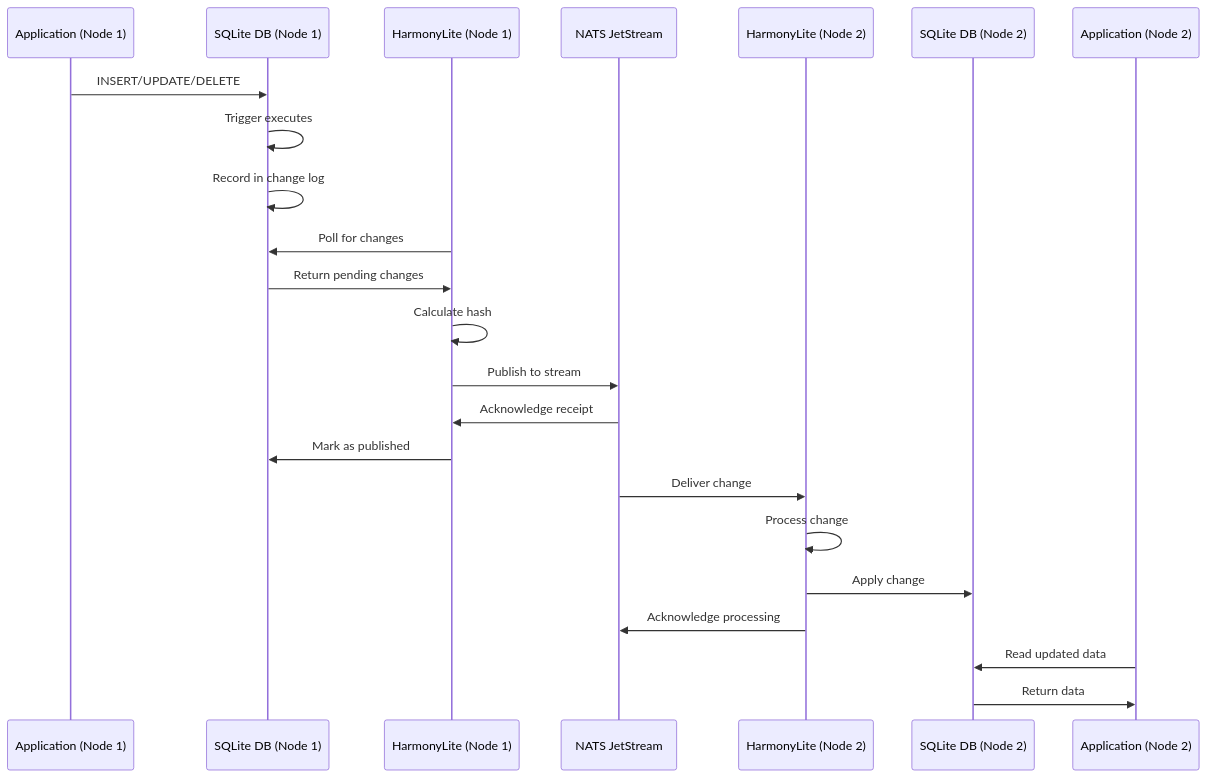
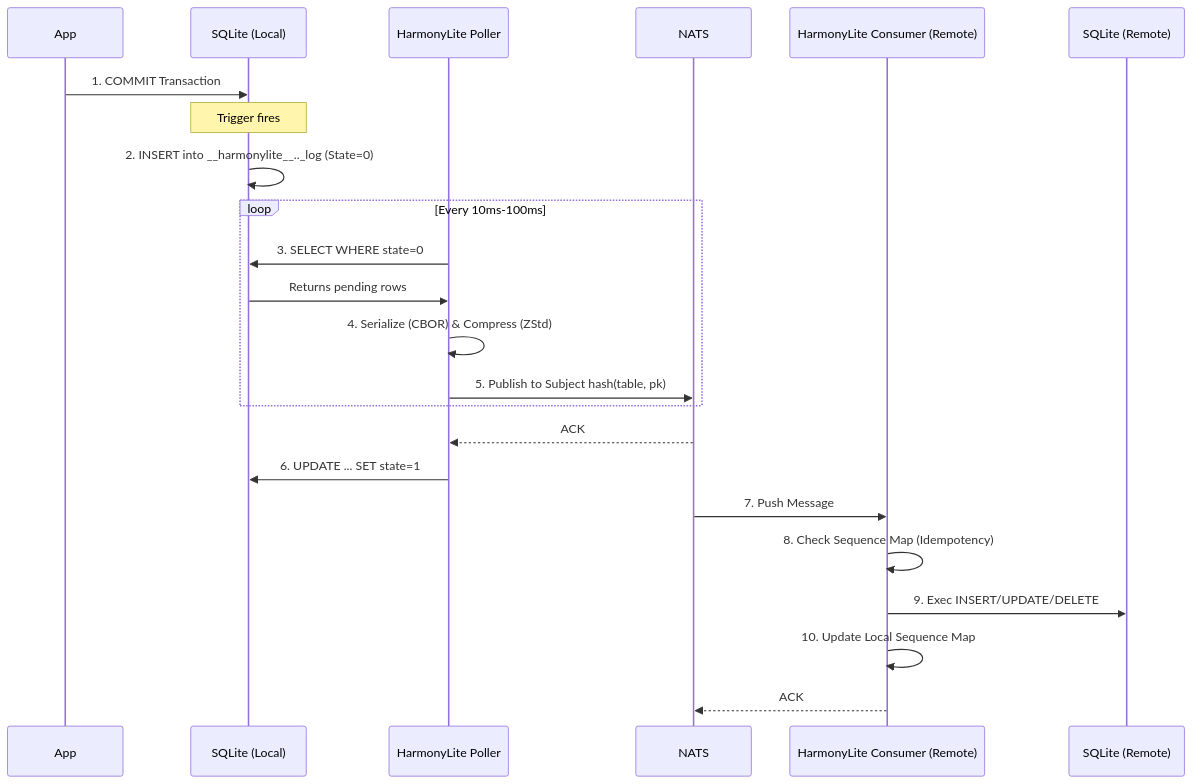
Before and after one commit to wongfei2009/harmonylite: the diagram in docs/docs/replication.md, drawn with Mermaid. The commit also changed other lines of this file, not shown here.

````diff
--- a/docs/docs/replication.md
+++ b/docs/docs/replication.md
@@ -168,29 +17,29 @@
 ```mermaid
 sequenceDiagram
-    participant App1 as Application (Node 1)
-    participant DB1 as SQLite DB (Node 1)
-    participant HL1 as HarmonyLite (Node 1)
-    participant NATS as NATS JetStream
-    participant HL2 as HarmonyLite (Node 2)
-    participant DB2 as SQLite DB (Node 2)
-    participant App2 as Application (Node 2)
+    participant App
+    participant DB as SQLite (Local)
+    participant Poller as HarmonyLite Poller
+    participant NATS
+    participant Consumer as HarmonyLite Consumer (Remote)
+    participant DB2 as SQLite (Remote)
     
-    App1->>DB1: INSERT/UPDATE/DELETE
-    DB1->>DB1: Trigger executes
-    DB1->>DB1: Record in change log
+    App->>DB: 1. COMMIT Transaction
+    Note over DB: Trigger fires
+    DB->>DB: 2. INSERT into __harmonylite__.._log (State=0)
     
-    HL1->>DB1: Poll for changes
-    DB1->>HL1: Return pending changes
-    HL1->>HL1: Calculate hash
-    HL1->>NATS: Publish to stream
-    NATS->>HL1: Acknowledge receipt
-    HL1->>DB1: Mark as published
+    loop Every 10ms-100ms
+        Poller->>DB: 3. SELECT WHERE state=0
+        DB->>Poller: Returns pending rows
+        Poller->>Poller: 4. Serialize (CBOR) & Compress (ZStd)
+        Poller->>NATS: 5. Publish to Subject hash(table, pk)
+    end
     
-    NATS->>HL2: Deliver change
-    HL2->>HL2: Process change
-    HL2->>DB2: Apply change
-    HL2->>NATS: Acknowledge processing
+    NATS-->>Poller: ACK
+    Poller->>DB: 6. UPDATE ... SET state=1
     
-    App2->>DB2: Read updated data
-    DB2->>App2: Return data
+    NATS->>Consumer: 7. Push Message
+    Consumer->>Consumer: 8. Check Sequence Map (Idempotency)
+    Consumer->>DB2: 9. Exec INSERT/UPDATE/DELETE
+    Consumer->>Consumer: 10. Update Local Sequence Map
+    Consumer-->>NATS: ACK
 ```
````
